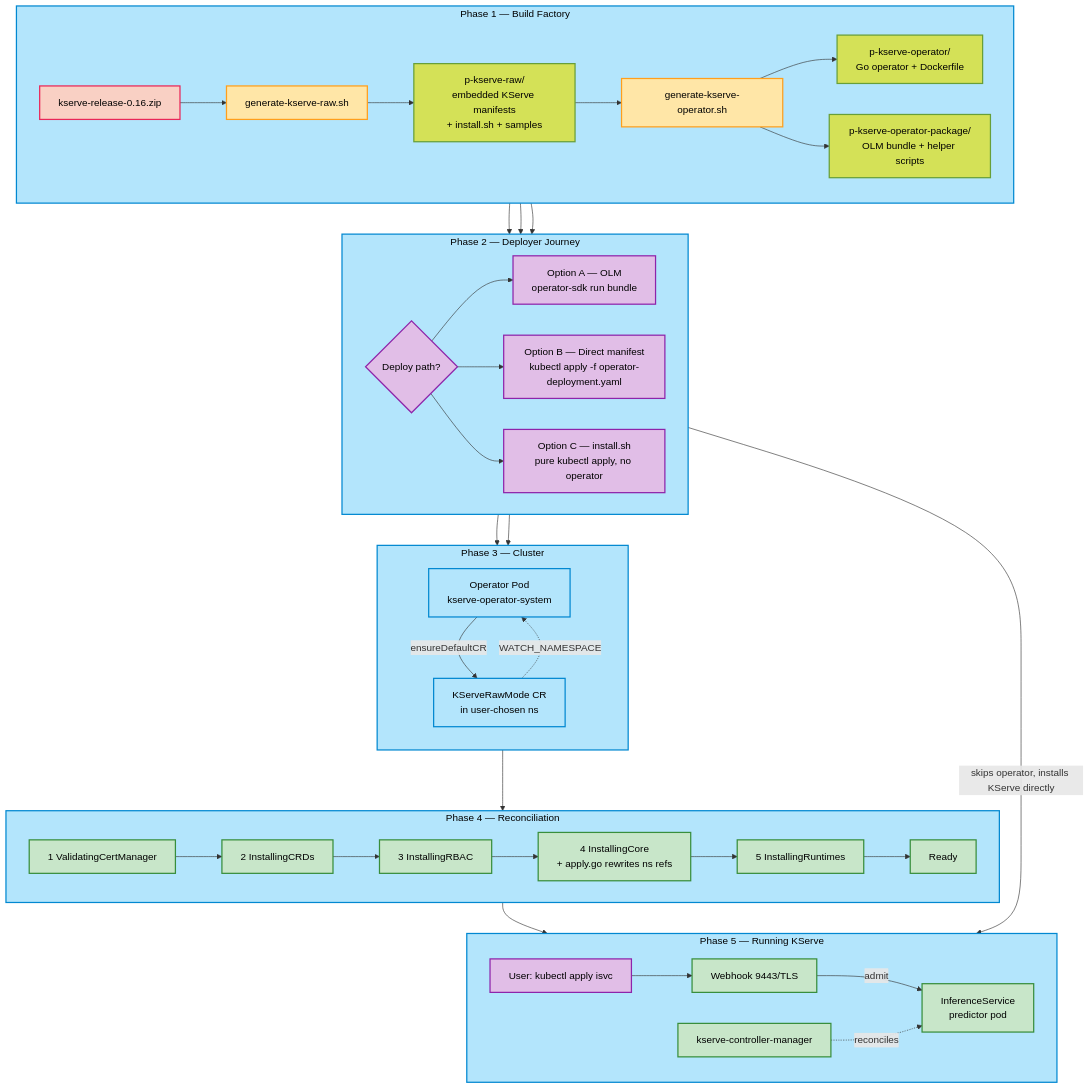
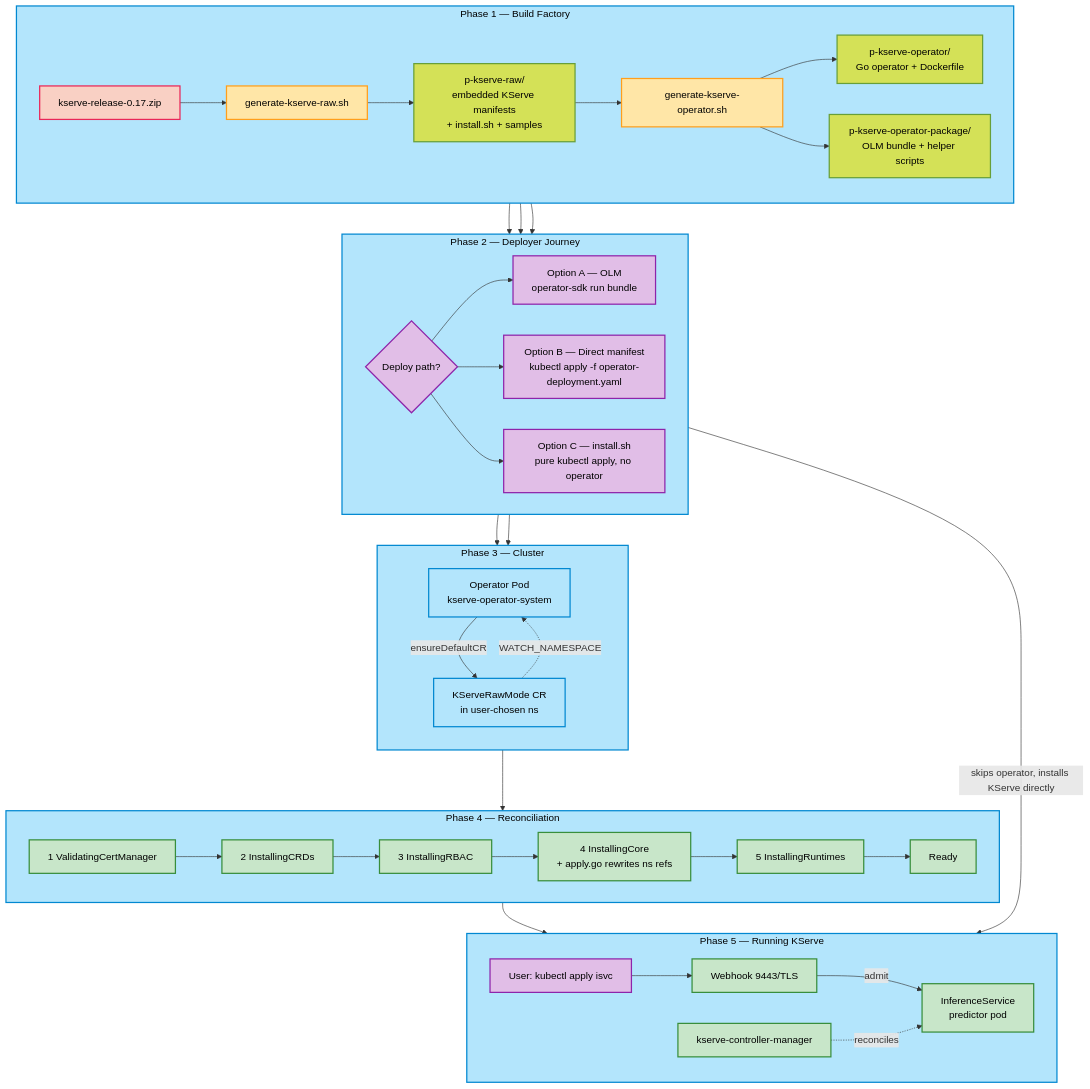
The first of 6 diagrams in extra-docs/architecture-overview.md (skyakash/kserve-op), drawn with Mermaid before and after one commit. The commit also changed 8 other files, not shown here.

````diff
--- a/extra-docs/architecture-overview.md
+++ b/extra-docs/architecture-overview.md
@@ -11,71 +11,71 @@
 ```mermaid
 graph TB
     classDef source fill:#f9d0c4,stroke:#e92758,stroke-width:2px,color:#000
     classDef gen fill:#ffe6a7,stroke:#ff9f1c,stroke-width:2px,color:#000
     classDef artifact fill:#d4e157,stroke:#689f38,stroke-width:2px,color:#000
     classDef cluster fill:#b3e5fc,stroke:#0288d1,stroke-width:2px,color:#000
     classDef ops fill:#e1bee7,stroke:#8e24aa,stroke-width:2px,color:#000
     classDef runtime fill:#c8e6c9,stroke:#388e3c,stroke-width:2px,color:#000
 
     subgraph PHASE1[Phase 1 — Build Factory]
         direction LR
-        ZIP[kserve-release-0.16.zip]:::source
+        ZIP[kserve-release-0.17.zip]:::source
         GEN1[generate-kserve-raw.sh]:::gen
         GEN2[generate-kserve-operator.sh]:::gen
         ZIP --> GEN1
         GEN1 --> RAW[p-kserve-raw/<br/>embedded KServe manifests<br/>+ install.sh + samples]:::artifact
         RAW --> GEN2
         GEN2 --> OP[p-kserve-operator/<br/>Go operator + Dockerfile]:::artifact
         GEN2 --> PKG[p-kserve-operator-package/<br/>OLM bundle + helper scripts]:::artifact
     end
 
     subgraph PHASE2[Phase 2 — Deployer Journey]
         direction LR
         CHOICE{Deploy path?}:::ops
         OPTA[Option A — OLM<br/>operator-sdk run bundle]:::ops
         OPTB[Option B — Direct manifest<br/>kubectl apply -f operator-deployment.yaml]:::ops
         OPTC[Option C — install.sh<br/>pure kubectl apply, no operator]:::ops
         CHOICE --> OPTA
         CHOICE --> OPTB
         CHOICE --> OPTC
     end
 
     subgraph PHASE3[Phase 3 — Cluster]
         direction TB
         OPPOD[Operator Pod<br/>kserve-operator-system]:::cluster
         CR[KServeRawMode CR<br/>in user-chosen ns]:::cluster
         OPPOD -- ensureDefaultCR --> CR
         CR -. WATCH_NAMESPACE .-> OPPOD
     end
 
     subgraph PHASE4[Phase 4 — Reconciliation]
         direction LR
         R1[1 ValidatingCertManager]:::runtime
         R2[2 InstallingCRDs]:::runtime
         R3[3 InstallingRBAC]:::runtime
         R4[4 InstallingCore<br/>+ apply.go rewrites ns refs]:::runtime
         R5[5 InstallingRuntimes]:::runtime
         R6[Ready]:::runtime
         R1 --> R2 --> R3 --> R4 --> R5 --> R6
     end
 
     subgraph PHASE5[Phase 5 — Running KServe]
         direction LR
         KCM[kserve-controller-manager]:::runtime
         WEBHOOK[Webhook 9443/TLS]:::runtime
         ISVC[InferenceService<br/>predictor pod]:::runtime
         USER[User: kubectl apply isvc]:::ops
         USER --> WEBHOOK
         WEBHOOK -- admit --> ISVC
         KCM -. reconciles .-> ISVC
     end
 
     PKG --> CHOICE
     OP --> CHOICE
     RAW --> OPTC
     OPTA --> OPPOD
     OPTB --> OPPOD
     OPTC -- skips operator, installs KServe directly --> KCM
     CR --> R1
     R6 --> KCM
 ```
````
